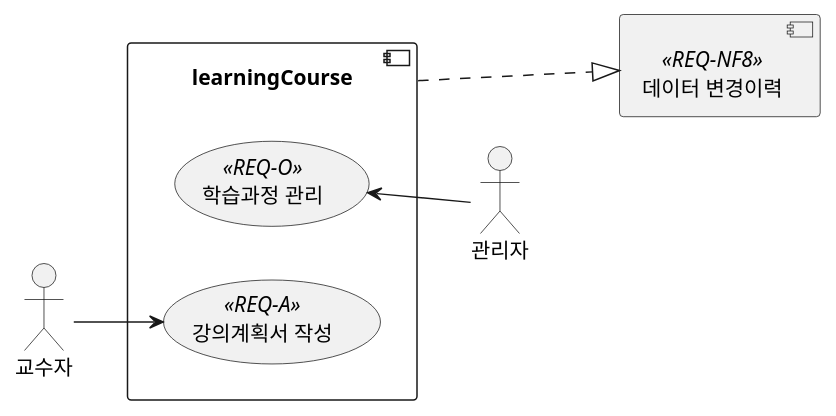
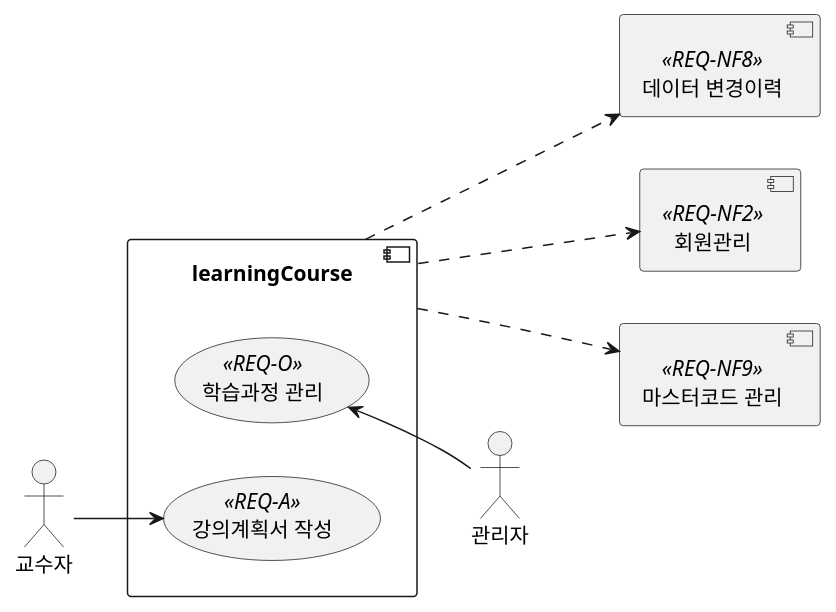
The diagram in src/main/java/dev/ohhoonim/lms/domain/learningCourses/design/usecase.md (ohhoonim/lms), drawn with PlantUML before and after one commit. The commit also changed 35 other files, not shown here.

````diff
--- a/src/main/java/dev/ohhoonim/lms/domain/learningCourses/design/usecase.md
+++ b/src/main/java/dev/ohhoonim/lms/domain/learningCourses/design/usecase.md
@@ -5,19 +5,23 @@
 ```plantuml
 @startuml
 left to right direction
 :교수자: as professor
 :관리자: as manager
 
 component learningCourse {
     (강의계획서 작성) as req_a <<REQ-A>>
     (학습과정 관리) as req_o <<REQ-O>>
 
 }
 
 [데이터 변경이력] <<REQ-NF8>>
+[회원관리] <<REQ-NF2>>
+[마스터코드 관리] <<REQ-NF9>>
 
 professor --> req_a
 manager -up-> req_o
-learningCourse ...|> [데이터 변경이력]
+learningCourse ...> [데이터 변경이력]
+learningCourse ...> [회원관리]
+learningCourse ...> [마스터코드 관리]
 @enduml
 ```
````
